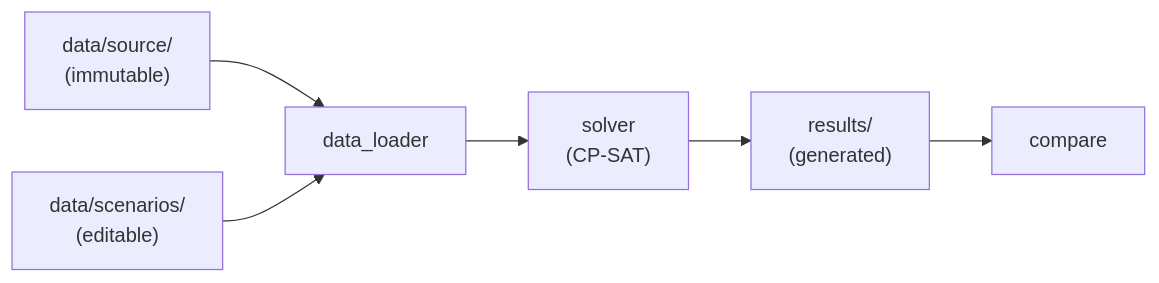
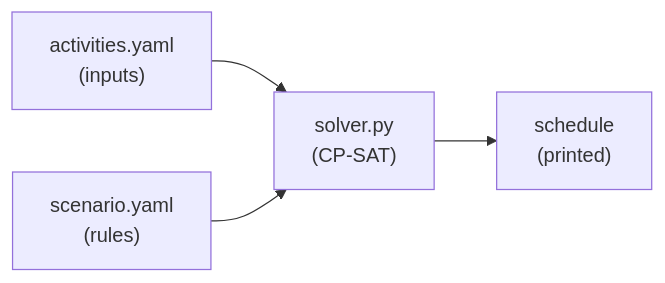
Before and after one commit to henryqpham/CP-SAT-PROJECT: the diagram in README.md, drawn with Mermaid. The commit also changed other lines of this file and 4 other files, not shown here.

````diff
--- a/README.md
+++ b/README.md
@@ -19,8 +20,6 @@
 ```mermaid
 flowchart LR
-    S["data/source/<br/>(immutable)"] --> L[data_loader]
-    C["data/scenarios/<br/>(editable)"] --> L
-    L --> SV["solver<br/>(CP-SAT)"]
-    SV --> R["results/<br/>(generated)"]
-    R --> CMP[compare]
+    A["activities.yaml<br/>(inputs)"] --> S["solver.py<br/>(CP-SAT)"]
+    R["scenario.yaml<br/>(rules)"] --> S
+    S --> O["schedule<br/>(printed)"]
 ```
````
